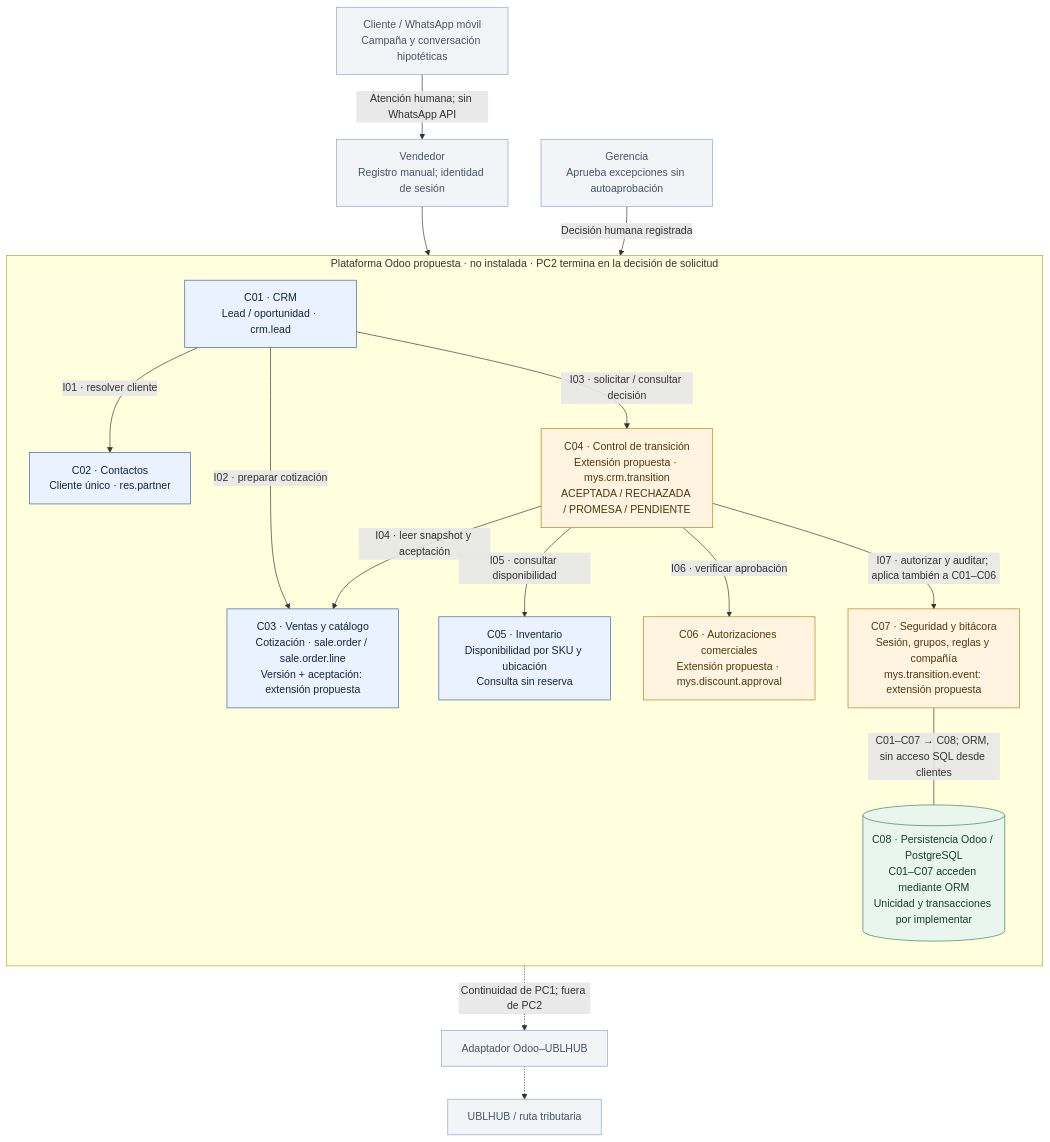
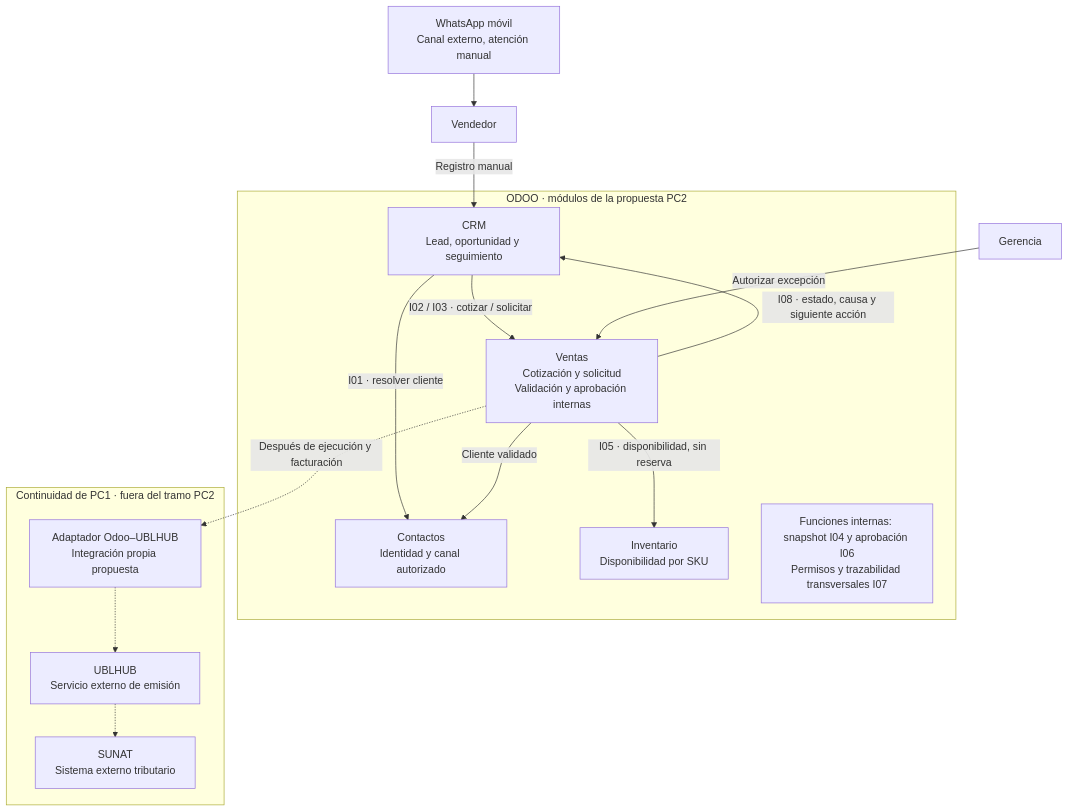
One commit to jharopr/ERP-SIE changed the diagram in arquitectura/diagramas/componentes-crm-erp-pc2.mmd. Above: the diagram before and after it, drawn with Mermaid. The commit also changed 36 other files, not shown here.

```diff
--- a/arquitectura/diagramas/componentes-crm-erp-pc2.mmd
+++ b/arquitectura/diagramas/componentes-crm-erp-pc2.mmd
@@ -1,39 +1,24 @@
 flowchart TB
-    WA["Cliente / WhatsApp móvil<br/>Campaña y conversación hipotéticas"]
-    VE["Vendedor<br/>Registro manual; identidad de sesión"]
-    GE["Gerencia<br/>Aprueba excepciones sin autoaprobación"]
-    WA -->|"Atención humana; sin WhatsApp API"| VE
-
-    subgraph ODOO["Plataforma Odoo propuesta · no instalada · PC2 termina en la decisión de solicitud"]
-        direction TB
-        C01["C01 · CRM<br/>Lead / oportunidad · crm.lead"]
-        C02["C02 · Contactos<br/>Cliente único · res.partner"]
-        C03["C03 · Ventas y catálogo<br/>Cotización · sale.order / sale.order.line<br/>Versión + aceptación: extensión propuesta"]
-        C04["C04 · Control de transición<br/>Extensión propuesta · mys.crm.transition<br/>ACEPTADA / RECHAZADA / PROMESA / PENDIENTE"]
-        C05["C05 · Inventario<br/>Disponibilidad por SKU y ubicación<br/>Consulta sin reserva"]
-        C06["C06 · Autorizaciones comerciales<br/>Extensión propuesta · mys.discount.approval"]
-        C07["C07 · Seguridad y bitácora<br/>Sesión, grupos, reglas y compañía<br/>mys.transition.event: extensión propuesta"]
-        C08[("C08 · Persistencia Odoo / PostgreSQL<br/>C01–C07 acceden mediante ORM<br/>Unicidad y transacciones por implementar")]
-
-        C01 -->|"I01 · resolver cliente"| C02
-        C01 -->|"I02 · preparar cotización"| C03
-        C01 -->|"I03 · solicitar / consultar decisión"| C04
-        C04 -->|"I04 · leer snapshot y aceptación"| C03
-        C04 -->|"I05 · consultar disponibilidad"| C05
-        C04 -->|"I06 · verificar aprobación"| C06
-        C04 -->|"I07 · autorizar y auditar; aplica también a C01–C06"| C07
-        C07 ---|"C01–C07 → C08; ORM, sin acceso SQL desde clientes"| C08
-    end
-    VE --> C01
-    GE -->|"Decisión humana registrada"| C06
-    C03 -. "Continuidad de PC1; fuera de PC2" .-> AD["Adaptador Odoo–UBLHUB"]
-    AD -.-> UB["UBLHUB / ruta tributaria"]
-
-    classDef standard fill:#eaf2ff,stroke:#3265a8,color:#122742;
-    classDef proposed fill:#fff4df,stroke:#bd790e,color:#53370c;
-    classDef persistence fill:#e8f6ee,stroke:#328160,color:#163f31;
-    classDef context fill:#f2f4f7,stroke:#94a3b8,color:#475569;
-    class C01,C02,C03,C05 standard;
-    class C04,C06,C07 proposed;
-    class C08 persistence;
-    class WA,VE,GE,AD,UB context;
+  WA["WhatsApp móvil<br/>Canal externo, atención manual"] --> V["Vendedor"]
+  G["Gerencia"]
+  subgraph ODOO["ODOO · módulos de la propuesta PC2"]
+    CRM["CRM<br/>Lead, oportunidad y seguimiento"]
+    SALES["Ventas<br/>Cotización y solicitud<br/>Validación y aprobación internas"]
+    CONTACTS["Contactos<br/>Identidad y canal autorizado"]
+    STOCK["Inventario<br/>Disponibilidad por SKU"]
+    CRM -->|"I02 / I03 · cotizar / solicitar"| SALES
+    SALES -->|"I08 · estado, causa y siguiente acción"| CRM
+    CRM -->|"I01 · resolver cliente"| CONTACTS
+    SALES -->|"Cliente validado"| CONTACTS
+    SALES -->|"I05 · disponibilidad, sin reserva"| STOCK
+    GOV["Funciones internas: snapshot I04 y aprobación I06<br/>Permisos y trazabilidad transversales I07"]
+  end
+  V -->|"Registro manual"| CRM
+  G -->|"Autorizar excepción"| SALES
+  subgraph FUT["Continuidad de PC1 · fuera del tramo PC2"]
+    AD["Adaptador Odoo–UBLHUB<br/>Integración propia propuesta"]
+    UB["UBLHUB<br/>Servicio externo de emisión"]
+    SU["SUNAT<br/>Sistema externo tributario"]
+    AD -.-> UB -.-> SU
+  end
+  SALES -.->|"Después de ejecución y facturación"| AD
```
